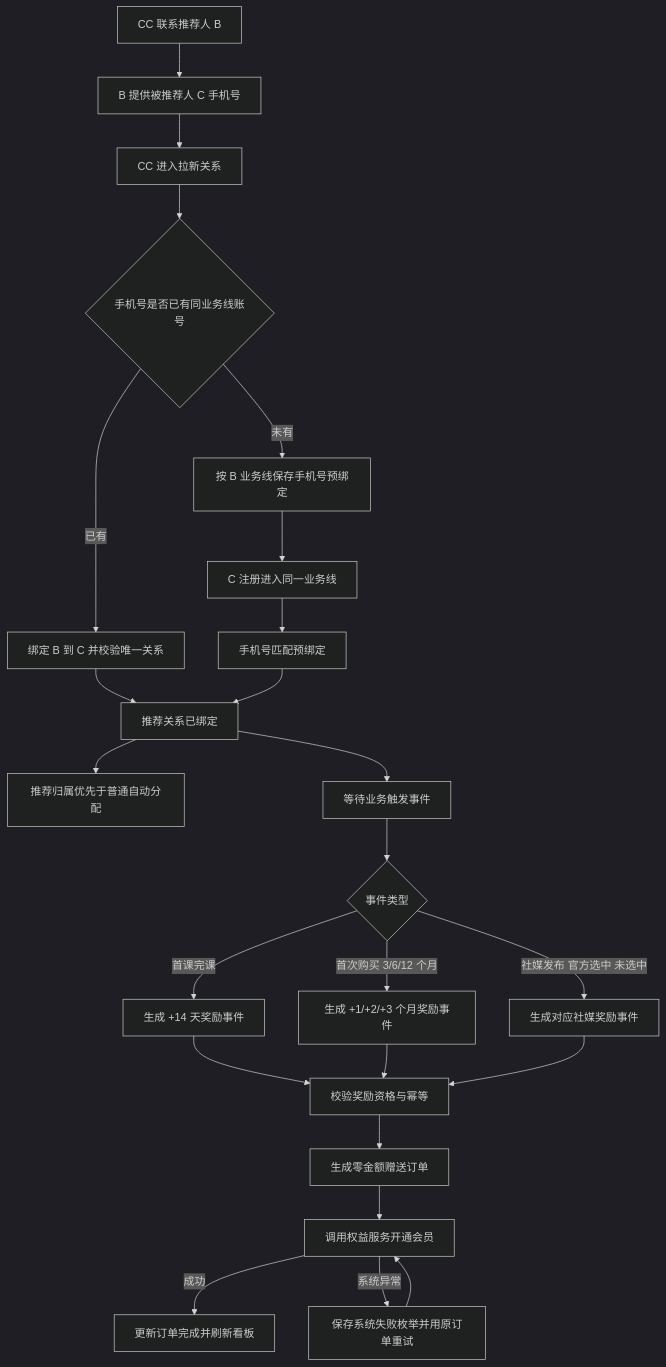
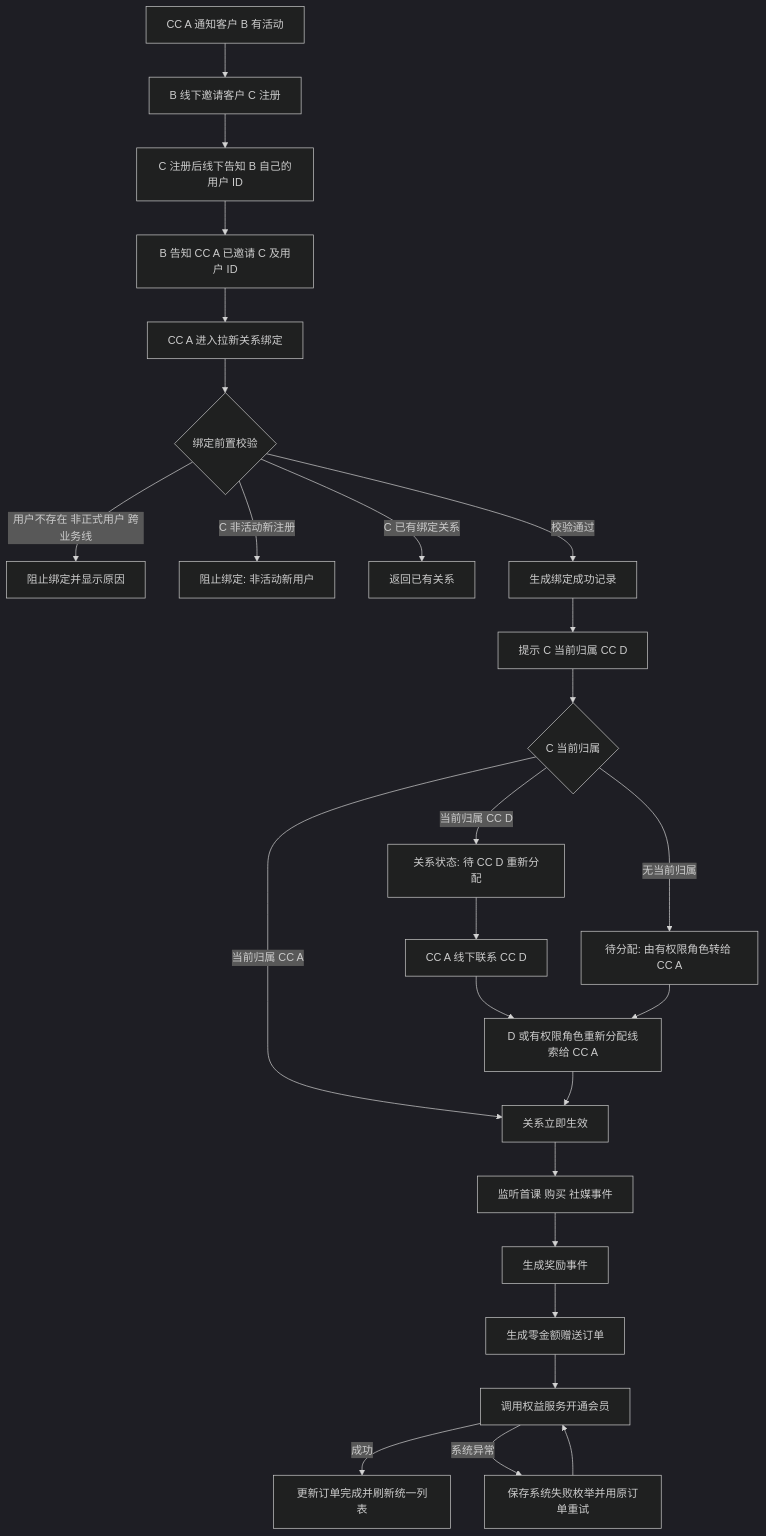
Before and after one commit to h3-ai-lab/hhhprd: the diagram in projects/referral-growth-mvp/prd/PRD.md, drawn with Mermaid (dark theme). The commit also changed other lines of this file and 10 other files, not shown here.

````diff
--- a/projects/referral-growth-mvp/prd/PRD.md
+++ b/projects/referral-growth-mvp/prd/PRD.md
@@ -61,26 +65,28 @@
 ```mermaid
 flowchart TD
-    A[CC 联系推荐人 B] --> B[B 提供被推荐人 C 手机号]
-    B --> C[CC 进入拉新关系]
-    C --> D{手机号是否已有同业务线账号}
-    D -->|已有| E[绑定 B 到 C 并校验唯一关系]
-    D -->|未有| F[按 B 业务线保存手机号预绑定]
-    E --> G[推荐关系已绑定]
-    F --> H[C 注册进入同一业务线]
-    H --> I[手机号匹配预绑定]
-    I --> G
-    G --> J[推荐归属优先于普通自动分配]
-    G --> K[等待业务触发事件]
-    K --> L{事件类型}
-    L -->|首课完课| M[生成 +14 天奖励事件]
-    L -->|首次购买 3/6/12 个月| N[生成 +1/+2/+3 个月奖励事件]
-    L -->|社媒发布 官方选中 未选中| O[生成对应社媒奖励事件]
-    M --> P[校验奖励资格与幂等]
-    N --> P
-    O --> P
+    A[CC A 通知客户 B 有活动] --> B[B 线下邀请客户 C 注册]
+    B --> C[C 注册后线下告知 B 自己的用户 ID]
+    C --> D[B 告知 CC A 已邀请 C 及用户 ID]
+    D --> E[CC A 进入拉新关系绑定]
+    E --> F{绑定前置校验}
+    F -->|用户不存在 非正式用户 跨业务线| X[阻止绑定并显示原因]
+    F -->|C 非活动新注册| Y[阻止绑定: 非活动新用户]
+    F -->|C 已有绑定关系| Z[返回已有关系]
+    F -->|校验通过| G[生成绑定成功记录]
+    G --> H[提示 C 当前归属 CC D]
+    H --> I{C 当前归属}
+    I -->|当前归属 CC A| K[关系立即生效]
+    I -->|当前归属 CC D| J[关系状态: 待 CC D 重新分配]
+    I -->|无当前归属| M[待分配: 由有权限角色转给 CC A]
+    J --> L[CC A 线下联系 CC D]
+    L --> N[D 或有权限角色重新分配线索给 CC A]
+    M --> N
+    N --> K
+    K --> O[监听首课 购买 社媒事件]
+    O --> P[生成奖励事件]
     P --> Q[生成零金额赠送订单]
     Q --> R[调用权益服务开通会员]
-    R -->|成功| S[更新订单完成并刷新看板]
+    R -->|成功| S[更新订单完成并刷新统一列表]
     R -->|系统异常| T[保存系统失败枚举并用原订单重试]
     T --> R
 ```
````
